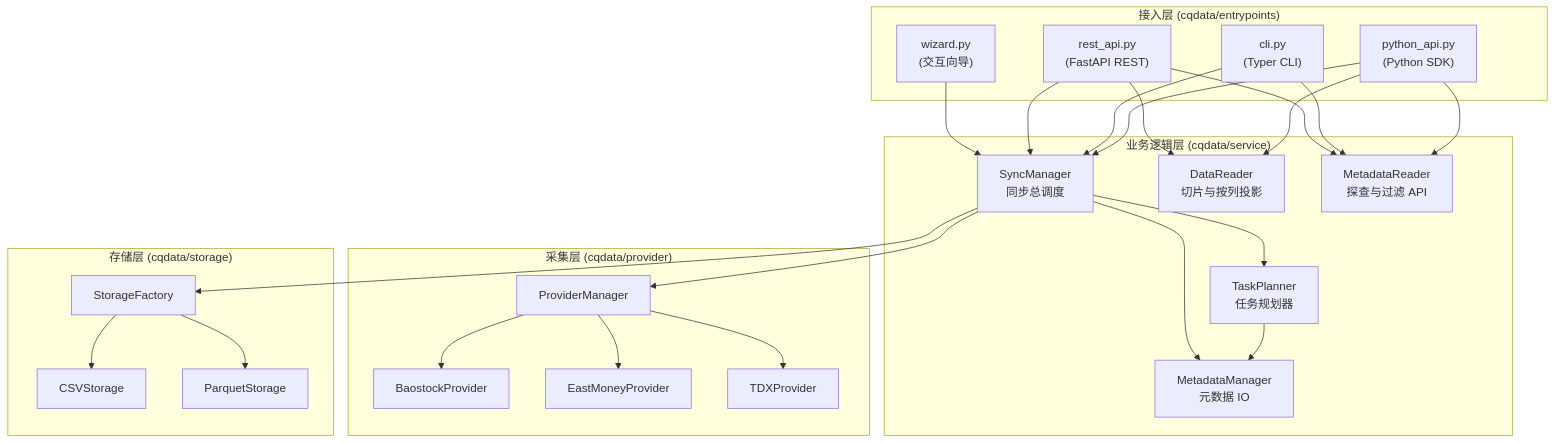
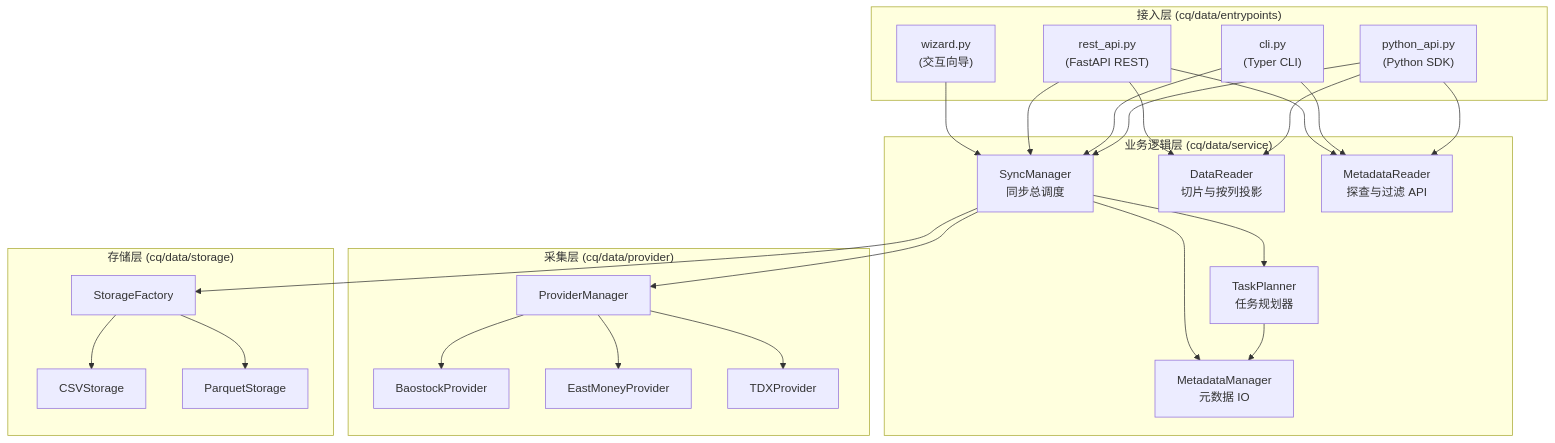
The diagram in README.md (CRThu/CarrotQuant.Data), drawn with Mermaid before and after one commit. The commit also changed other lines of this file and 98 other files, not shown here.

````diff
--- a/README.md
+++ b/README.md
@@ -47,51 +48,51 @@
 ```mermaid
 graph TB
-    subgraph Entrypoints["接入层 (cqdata/entrypoints)"]
+    subgraph Entrypoints["接入层 (cq/data/entrypoints)"]
         PYTHON_API["python_api.py<br/>(Python SDK)"]
         CLI["cli.py<br/>(Typer CLI)"]
         REST["rest_api.py<br/>(FastAPI REST)"]
         WIZARD["wizard.py<br/>(交互向导)"]
     end
 
-    subgraph Service["业务逻辑层 (cqdata/service)"]
+    subgraph Service["业务逻辑层 (cq/data/service)"]
         SM["SyncManager<br/>同步总调度"]
         DR["DataReader<br/>切片与按列投影"]
         MR["MetadataReader<br/>探查与过滤 API"]
         TASK_PLANNER["TaskPlanner<br/>任务规划器"]
         MM["MetadataManager<br/>元数据 IO"]
     end
 
-    subgraph Provider["采集层 (cqdata/provider)"]
+    subgraph Provider["采集层 (cq/data/provider)"]
         PM["ProviderManager"]
         BP["BaostockProvider"]
         EP["EastMoneyProvider"]
         TDX_PROV["TDXProvider"]
     end
 
-    subgraph Storage["存储层 (cqdata/storage)"]
+    subgraph Storage["存储层 (cq/data/storage)"]
         SF["StorageFactory"]
         CSV["CSVStorage"]
         PQ["ParquetStorage"]
     end
 
     PYTHON_API --> DR
     PYTHON_API --> MR
     PYTHON_API --> SM
     CLI --> SM
     CLI --> MR
     REST --> DR
     REST --> MR
     REST --> SM
     WIZARD --> SM
 
     SM --> TASK_PLANNER
     SM --> PM
     SM --> SF
     TASK_PLANNER --> MM
     SM --> MM
     PM --> BP
     PM --> EP
     PM --> TDX_PROV
     SF --> CSV
     SF --> PQ
 ```
````
